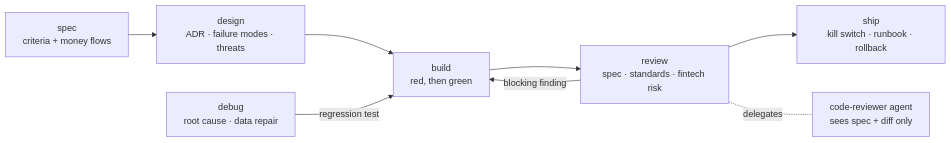
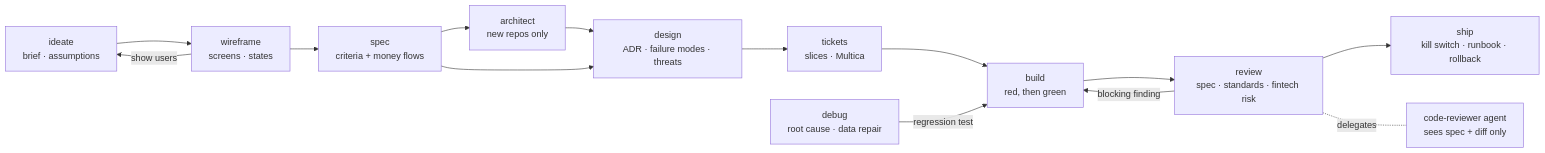
The diagram in README.md (asjad99/claude-fintech-skills), drawn with Mermaid before and after one commit. The commit also changed other lines of this file and 34 other files, not shown here.

First line of the commit message:
v1.1.0: ideate, wireframe, architect and tickets skills; data-layer reference

````diff
--- a/README.md
+++ b/README.md
@@ -178,10 +182,16 @@
 ```mermaid
 flowchart LR
-    spec["spec<br/>criteria + money flows"] --> design["design<br/>ADR · failure modes · threats"]
-    design --> build["build<br/>red, then green"]
+    ideate["ideate<br/>brief · assumptions"] --> wireframe["wireframe<br/>screens · states"]
+    wireframe -- "show users" --> ideate
+    wireframe --> spec["spec<br/>criteria + money flows"]
+    spec --> architect["architect<br/>new repos only"]
+    architect --> design
+    spec --> design["design<br/>ADR · failure modes · threats"]
+    design --> tickets["tickets<br/>slices · Multica"]
+    tickets --> build["build<br/>red, then green"]
     build --> review["review<br/>spec · standards · fintech risk"]
     review -- "blocking finding" --> build
     review --> ship["ship<br/>kill switch · runbook · rollback"]
     debug["debug<br/>root cause · data repair"] -- "regression test" --> build
     review -. delegates .- reviewer["code-reviewer agent<br/>sees spec + diff only"]
 ```
````
